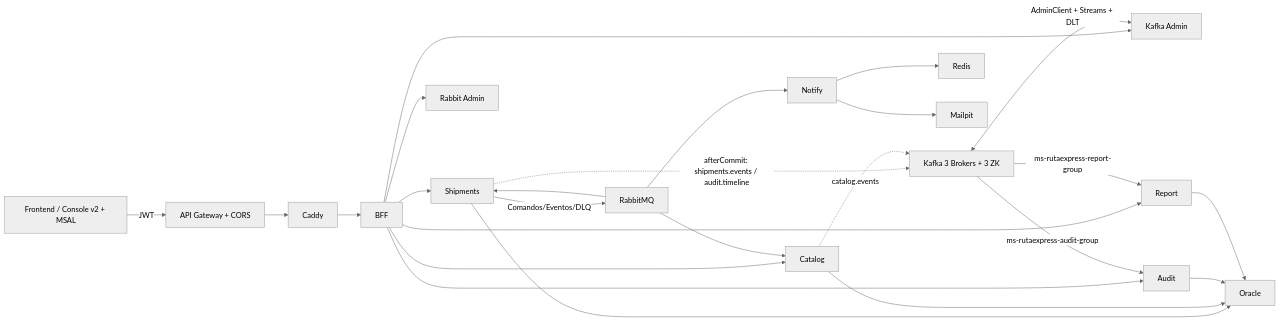
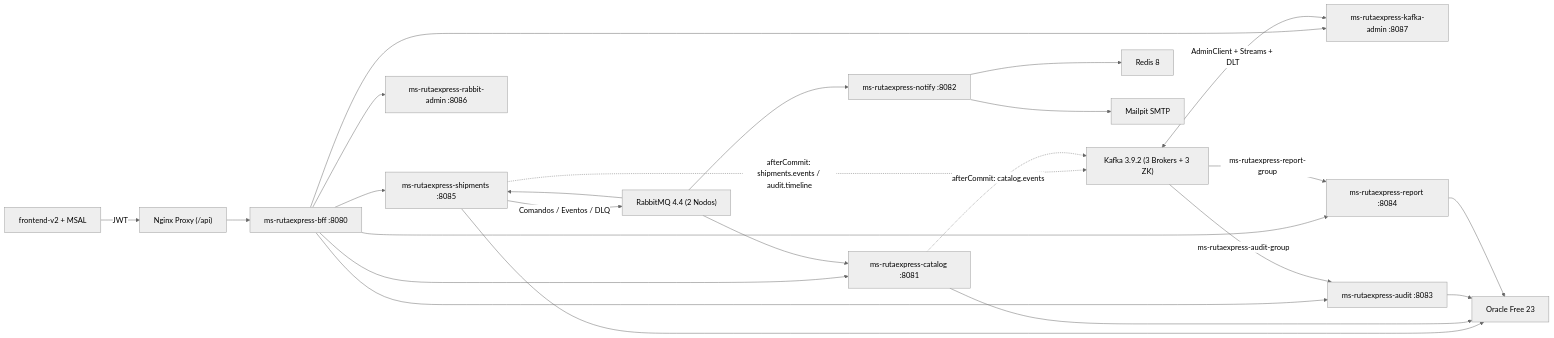
The diagram in README.md (Henisaa/Proyecto-cloud-native), drawn with Mermaid (neutral theme) before and after one commit. The commit also changed other lines of this file and 41 other files, not shown here.

Commit message:
feat(ep5): endurecer Kafka, JWT, cache, grupos, frontend-v2 y documentacion principal

````diff
--- a/README.md
+++ b/README.md
@@ -5,27 +24,29 @@
 ```mermaid
 flowchart LR
-  Angular[Frontend / Console v2 + MSAL] -->|JWT| Gateway[API Gateway + CORS]
-  Gateway --> Caddy
-  Caddy --> BFF
-  BFF --> Shipments
-  BFF --> Catalog
-  BFF --> Admin[Rabbit Admin]
-  BFF --> KafkaAdmin[Kafka Admin]
-  BFF --> Audit
-  BFF --> Report
-  Shipments -->|Comandos/Eventos/DLQ| RabbitMQ
+  Frontend["frontend-v2 + MSAL"] -->|JWT| Nginx["Nginx Proxy (/api)"]
+  Nginx --> BFF["ms-rutaexpress-bff :8080"]
+  BFF --> Shipments["ms-rutaexpress-shipments :8085"]
+  BFF --> Catalog["ms-rutaexpress-catalog :8081"]
+  BFF --> RabbitAdmin["ms-rutaexpress-rabbit-admin :8086"]
+  BFF --> KafkaAdmin["ms-rutaexpress-kafka-admin :8087"]
+  BFF --> Audit["ms-rutaexpress-audit :8083"]
+  BFF --> Report["ms-rutaexpress-report :8084"]
+
+  Shipments -->|"Comandos / Eventos / DLQ"| RabbitMQ["RabbitMQ 4.4 (2 Nodos)"]
   RabbitMQ --> Catalog
-  RabbitMQ --> Notify
+  RabbitMQ --> Notify["ms-rutaexpress-notify :8082"]
   RabbitMQ --> Shipments
-  Shipments -.->|"afterCommit: shipments.events / audit.timeline"| Kafka[Kafka 3 Brokers + 3 ZK]
-  Catalog -.->|"catalog.events"| Kafka
+
+  Shipments -.->|"afterCommit: shipments.events / audit.timeline"| Kafka["Kafka 3.9.2 (3 Brokers + 3 ZK)"]
+  Catalog -.->|"afterCommit: catalog.events"| Kafka
   Kafka -->|"ms-rutaexpress-audit-group"| Audit
   Kafka -->|"ms-rutaexpress-report-group"| Report
   Kafka <-->|"AdminClient + Streams + DLT"| KafkaAdmin
-  Shipments --> Oracle
+
+  Shipments --> Oracle["Oracle Free 23"]
   Catalog --> Oracle
   Audit --> Oracle
   Report --> Oracle
-  Notify --> Redis
-  Notify --> Mailpit
+  Notify --> Redis["Redis 8"]
+  Notify --> Mailpit["Mailpit SMTP"]
 ```
````
